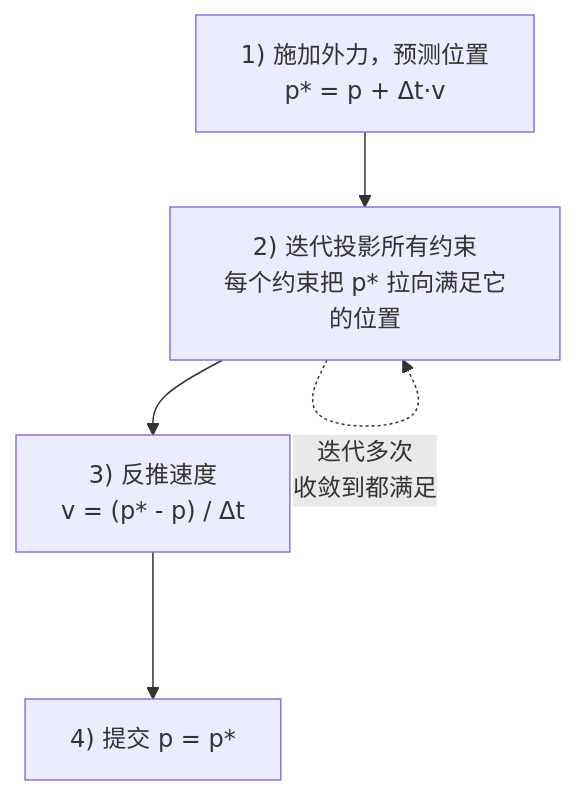
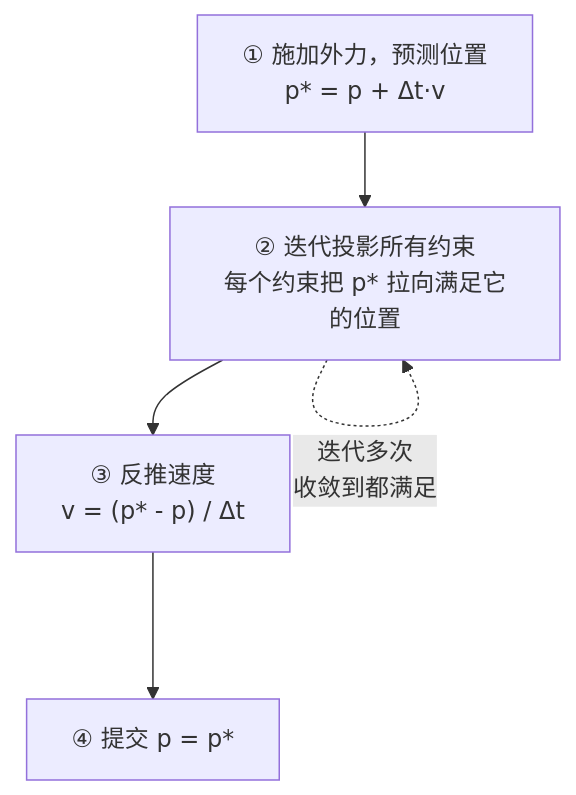
The first of 3 diagrams in TripoDCC&Shader知识库/Renderer/软体模拟/07 PBD 与 PBF.md (Pleasant233/Library), drawn with Mermaid before and after one commit. The commit also changed other lines of this file, not shown here.

First line of the commit message:
fix: Mermaid 编号改用圆圈数字彻底规避列表解析

````diff
--- a/TripoDCC&Shader知识库/Renderer/软体模拟/07 PBD 与 PBF.md
+++ b/TripoDCC&Shader知识库/Renderer/软体模拟/07 PBD 与 PBF.md
@@ -17,7 +17,7 @@
 ```mermaid
 flowchart TD
-    A["1) 施加外力，预测位置\np* = p + Δt·v"] --> B["2) 迭代投影所有约束\n每个约束把 p* 拉向满足它的位置"]
-    B --> C["3) 反推速度\nv = (p* - p) / Δt"]
-    C --> D["4) 提交 p = p*"]
+    A["① 施加外力，预测位置\np* = p + Δt·v"] --> B["② 迭代投影所有约束\n每个约束把 p* 拉向满足它的位置"]
+    B --> C["③ 反推速度\nv = (p* - p) / Δt"]
+    C --> D["④ 提交 p = p*"]
     B -.->|"迭代多次\n收敛到都满足"| B
 ```
````
